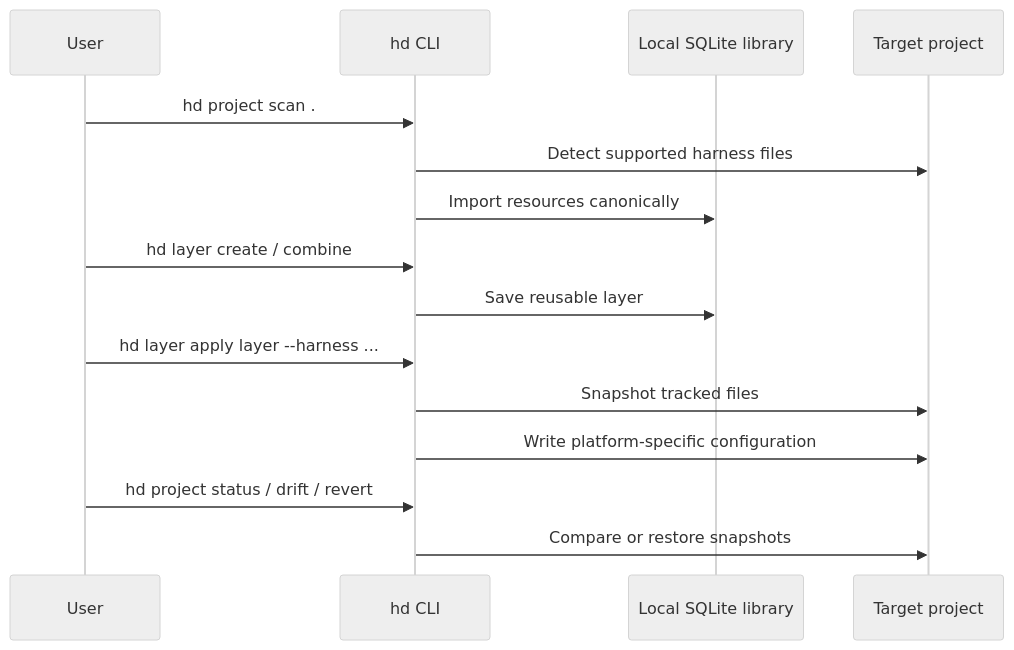
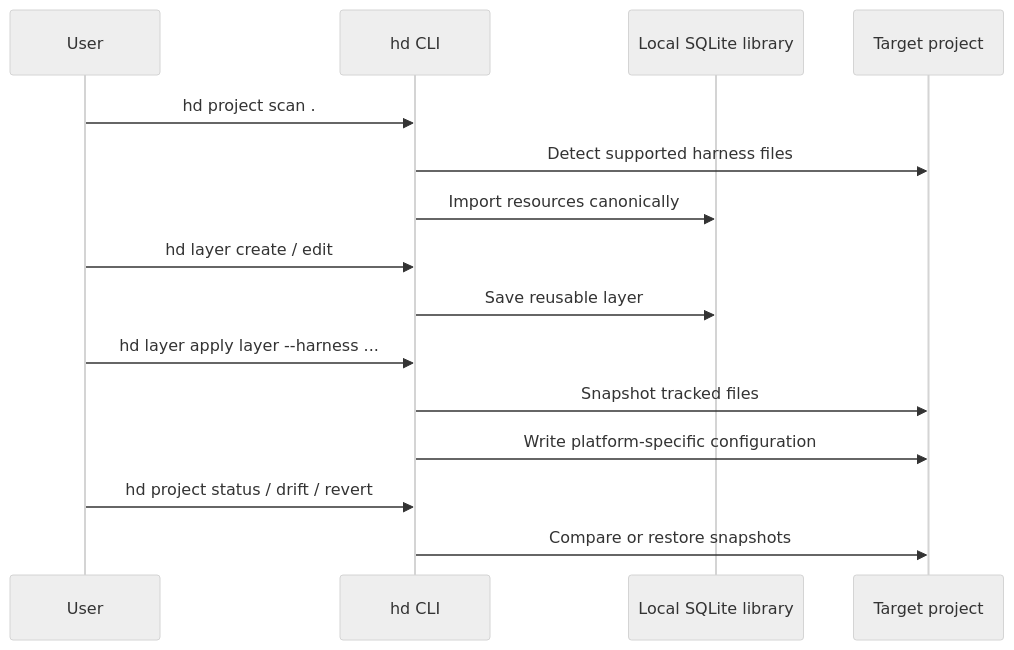
One commit to harnesstap/harnesstap changed the second of 3 diagrams in README.md. Above: the diagram before and after it, drawn with Mermaid (neutral theme). The commit also changed other lines of this file and 27 other files, not shown here.

First line of the commit message:
Fold layer combine/uncombine into layer edit and prompt for doctor layer.

````diff
--- a/README.md
+++ b/README.md
@@ -250,18 +250,18 @@
 ```mermaid
 sequenceDiagram
   participant User
   participant CLI as hd CLI
   participant DB as Local SQLite library
   participant Project as Target project
 
   User->>CLI: hd project scan .
   CLI->>Project: Detect supported harness files
   CLI->>DB: Import resources canonically
-  User->>CLI: hd layer create / combine
+  User->>CLI: hd layer create / edit
   CLI->>DB: Save reusable layer
   User->>CLI: hd layer apply layer --harness ...
   CLI->>Project: Snapshot tracked files
   CLI->>Project: Write platform-specific configuration
   User->>CLI: hd project status / drift / revert
   CLI->>Project: Compare or restore snapshots
 ```
````
